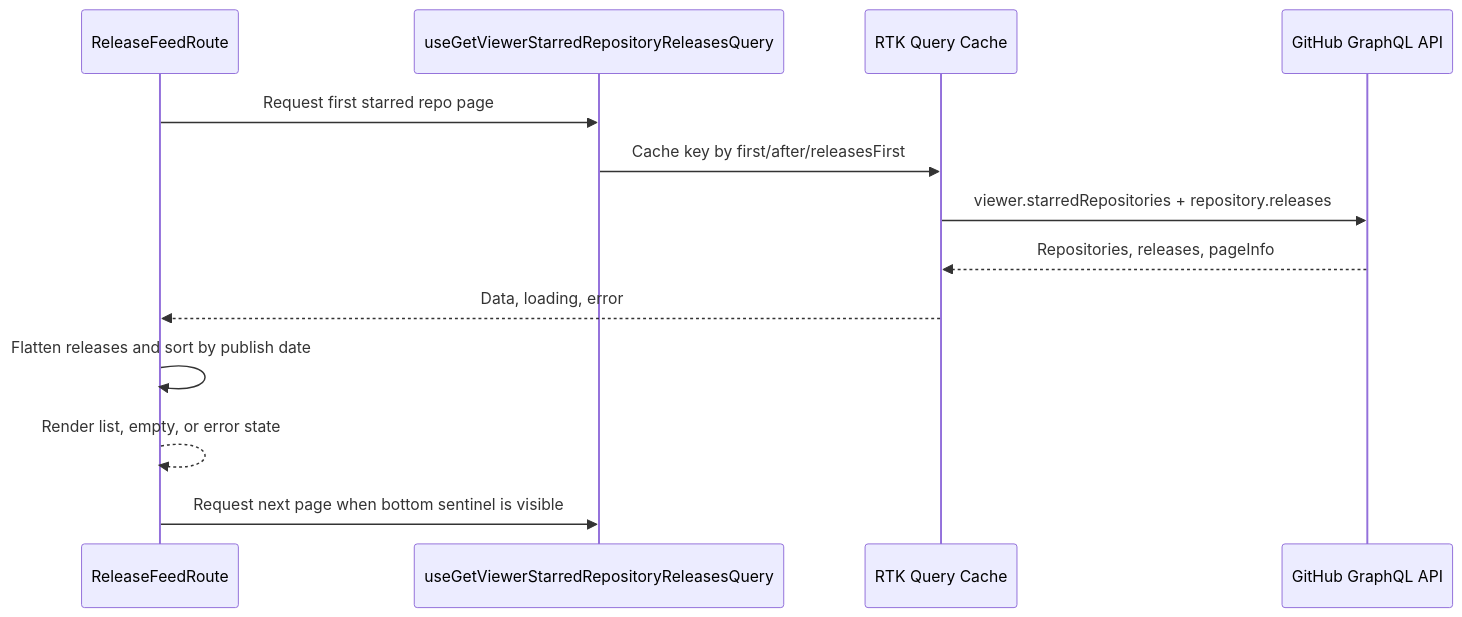
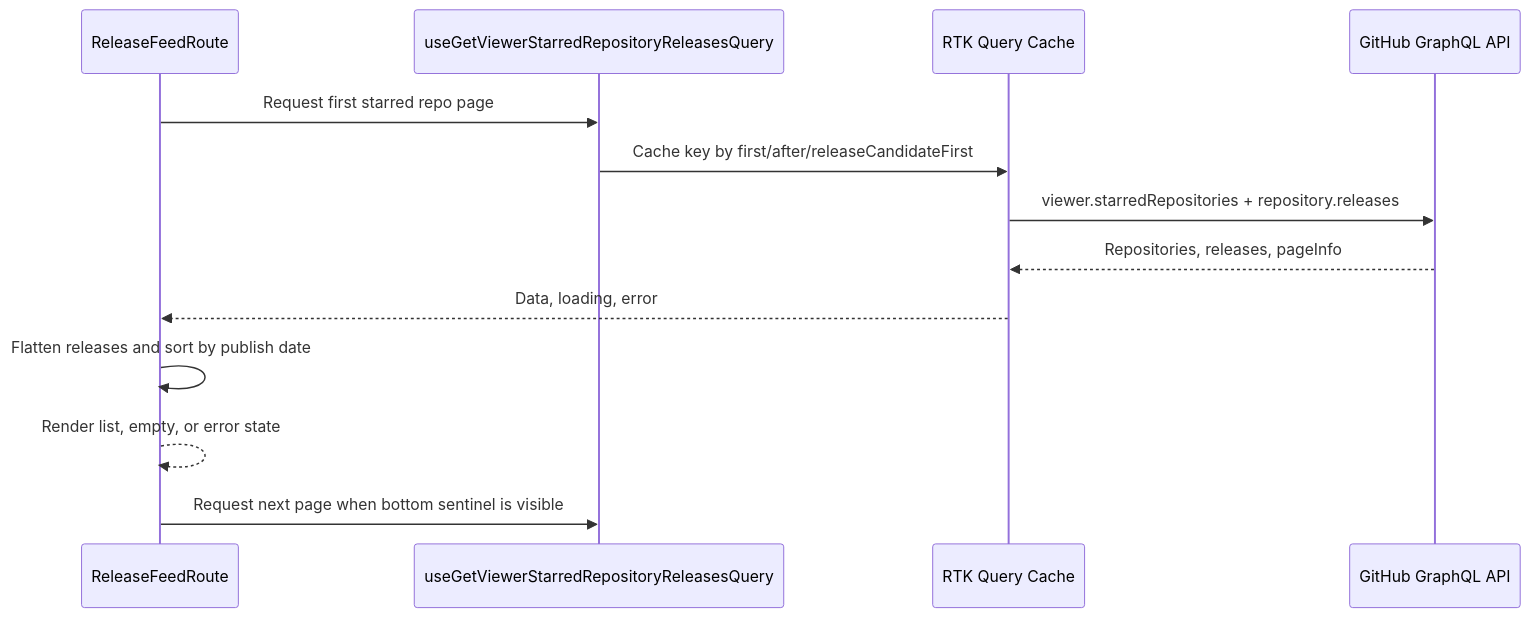
Before and after one commit to laststance/geek-infiltration: the fourth of 4 diagrams in .kiro/specs/starred-repos-release-feed/design.md, drawn with Mermaid. The commit also changed other lines of this file and 1 other file, not shown here.

Commit message:
docs: address release feed review notes

````diff
--- a/.kiro/specs/starred-repos-release-feed/design.md
+++ b/.kiro/specs/starred-repos-release-feed/design.md
@@ -148,16 +148,16 @@
 ```mermaid
 sequenceDiagram
     participant Feed as ReleaseFeedRoute
     participant Hook as useGetViewerStarredRepositoryReleasesQuery
     participant RTK as RTK Query Cache
     participant GH as GitHub GraphQL API
 
     Feed->>Hook: Request first starred repo page
-    Hook->>RTK: Cache key by first/after/releasesFirst
+    Hook->>RTK: Cache key by first/after/releaseCandidateFirst
     RTK->>GH: viewer.starredRepositories + repository.releases
     GH-->>RTK: Repositories, releases, pageInfo
     RTK-->>Feed: Data, loading, error
     Feed->>Feed: Flatten releases and sort by publish date
     Feed-->>Feed: Render list, empty, or error state
     Feed->>Hook: Request next page when bottom sentinel is visible
 ```
````
